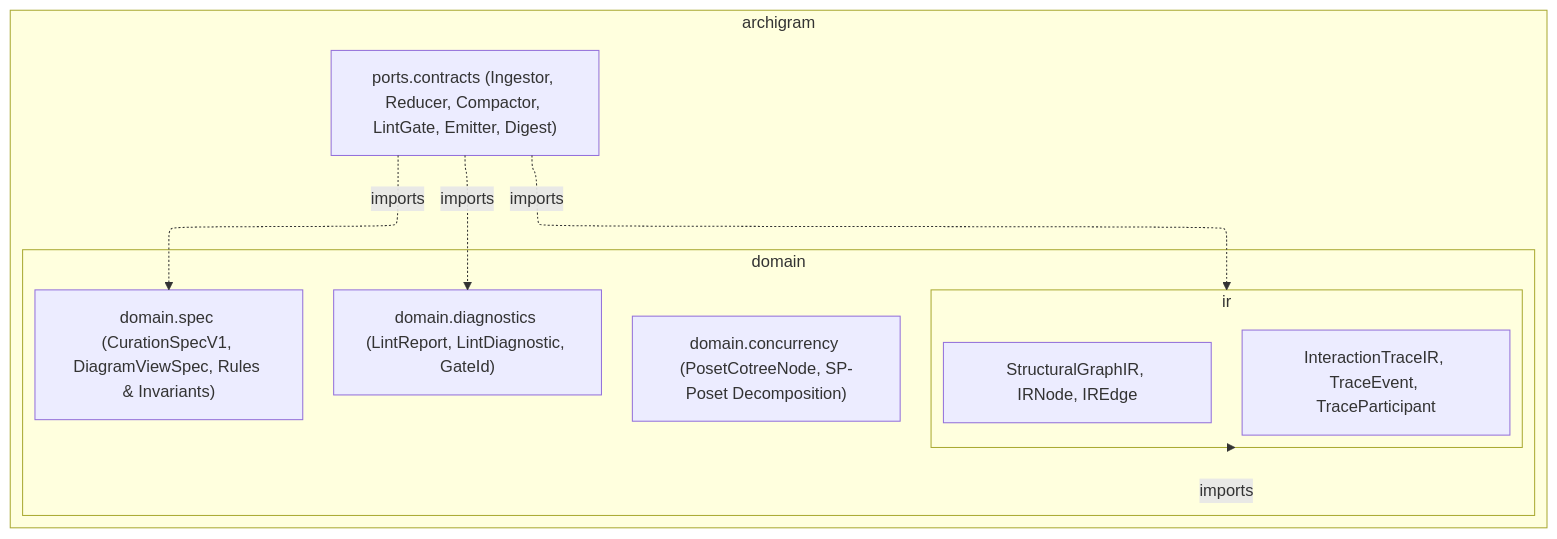
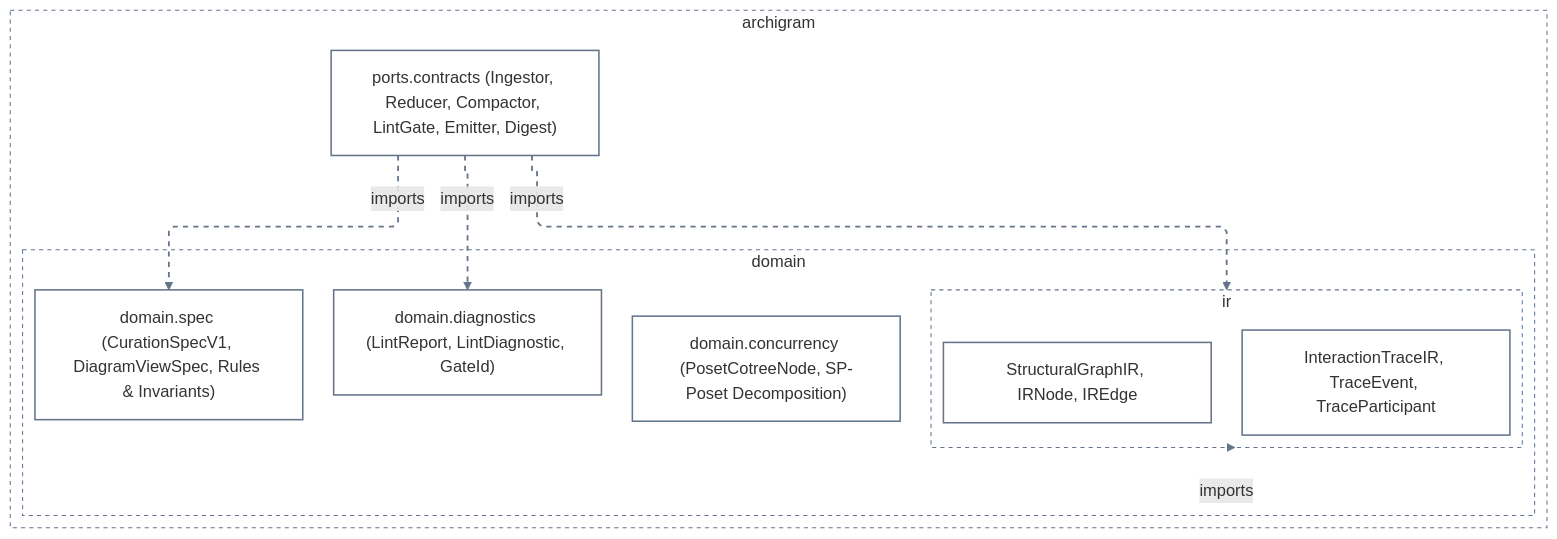
Before and after one commit to klcd/archigram: the first of 5 diagrams in docs/architecture/L2-subsystem-guides.md, drawn with Mermaid. The commit also changed other lines of this file and 58 other files, not shown here.

````diff
--- a/docs/architecture/L2-subsystem-guides.md
+++ b/docs/architecture/L2-subsystem-guides.md
@@ -30,23 +32,46 @@
 ```mermaid
 ---
 config:
   layout: elk
+  look: classic
+  elk:
+    mergeEdges: false
+    nodePlacementStrategy: BRANDES_KOEPF
+  flowchart:
+    curve: linear
+  themeVariables:
+    primaryColor: transparent
+    secondaryColor: transparent
+    tertiaryColor: transparent
+    mainBkg: transparent
+    nodeBorder: '#64748b'
+    clusterBkg: transparent
+    clusterBorder: '#64748b'
+    lineColor: '#64748b'
 ---
 flowchart TD
+  classDef default fill:transparent,stroke:#64748b,stroke-width:1.5px
   subgraph n_0_archigram_983b03["archigram"]
     subgraph n_1_archigram_domain_6f6ac3["domain"]
       subgraph n_2_archigram_domain_ae7fc5["ir"]
         n_5_domain_ir_graph_6792fb["StructuralGraphIR, IRNode, IREdge"]
         n_6_domain_ir_trace_8295b5["InteractionTraceIR, TraceEvent, TraceParticipant"]
       end
       n_3_domain_concurren_e2754c["domain.concurrency (PosetCotreeNode, SP-Poset Decomposition)"]
       n_4_domain_diagnosti_fc27fb["domain.diagnostics (LintReport, LintDiagnostic, GateId)"]
       n_7_domain_spec_d7d1fd["domain.spec (CurationSpecV1, DiagramViewSpec, Rules & Invariants)"]
     end
     n_8_ports_protocols_b2b1c2["ports.contracts (Ingestor, Reducer, Compactor, LintGate, Emitter, Digest)"]
   end
+  style n_0_archigram_983b03 fill:transparent,stroke:#64748b,stroke-width:1px,stroke-dasharray:4 4
+  style n_1_archigram_domain_6f6ac3 fill:transparent,stroke:#64748b,stroke-width:1px,stroke-dasharray:4 4
+  style n_2_archigram_domain_ae7fc5 fill:transparent,stroke:#64748b,stroke-width:1px,stroke-dasharray:4 4
   n_8_ports_protocols_b2b1c2 -.->|"imports"| n_4_domain_diagnosti_fc27fb
   n_8_ports_protocols_b2b1c2 -.->|"imports"| n_2_archigram_domain_ae7fc5
   n_8_ports_protocols_b2b1c2 -.->|"imports"| n_7_domain_spec_d7d1fd
   n_2_archigram_domain_ae7fc5 -.->|"imports"| n_1_archigram_domain_6f6ac3
+  linkStyle 0 stroke:#64748b,stroke-width:1.75px,stroke-dasharray:5 5
+  linkStyle 1 stroke:#64748b,stroke-width:1.75px,stroke-dasharray:5 5
+  linkStyle 2 stroke:#64748b,stroke-width:1.75px,stroke-dasharray:5 5
+  linkStyle 3 stroke:#64748b,stroke-width:1.75px,stroke-dasharray:5 5
 ```
````
